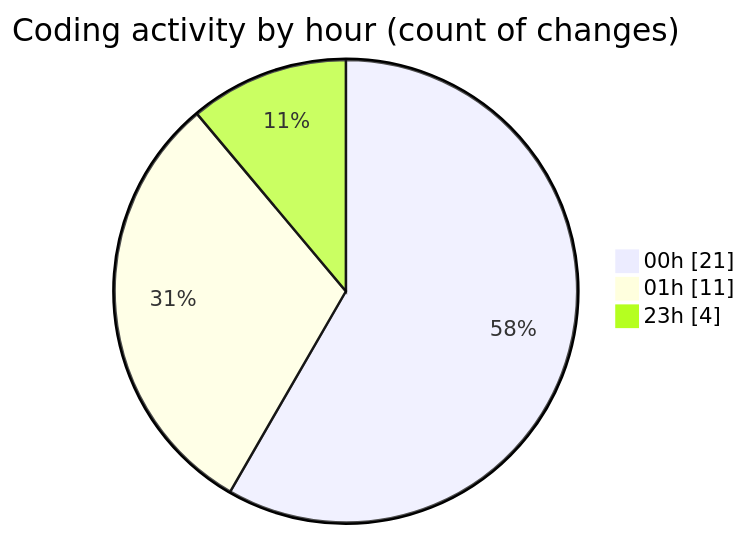
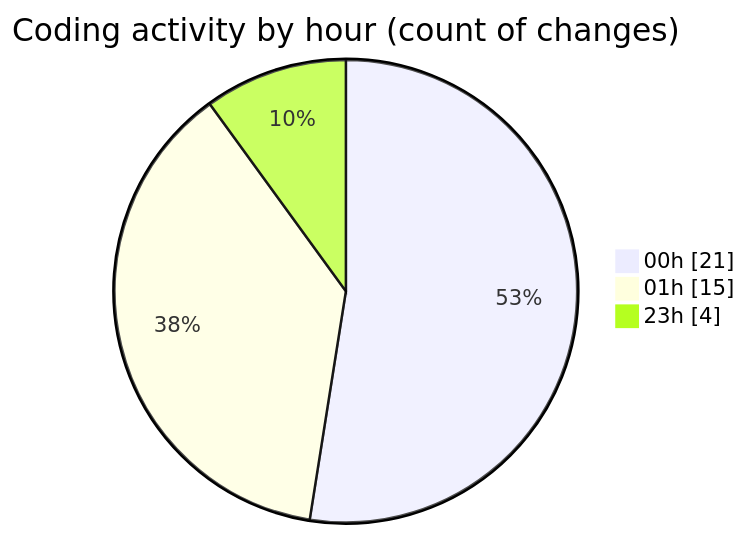
Before and after one commit to lephambinh05/code-tracking: the second of 2 diagrams in 2025-08-21/napxuvn/README.md, drawn with Mermaid. The commit also changed other lines of this file and 1 other file, not shown here.

````diff
--- a/2025-08-21/napxuvn/README.md
+++ b/2025-08-21/napxuvn/README.md
@@ -43,7 +46,7 @@
 ```mermaid
 pie showData
 title Coding activity by hour (count of changes)
 "00h" : 21
-"01h" : 11
+"01h" : 15
 "23h" : 4
 ```
````
